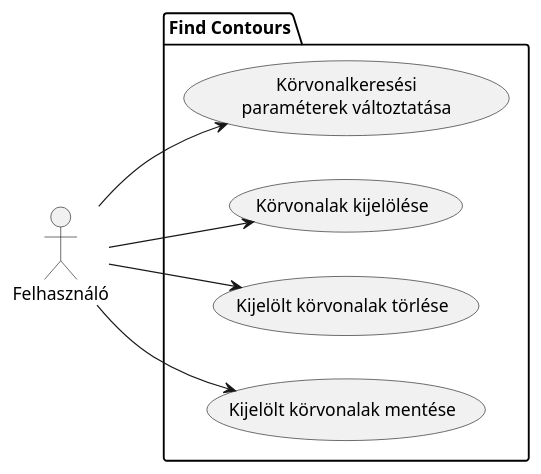
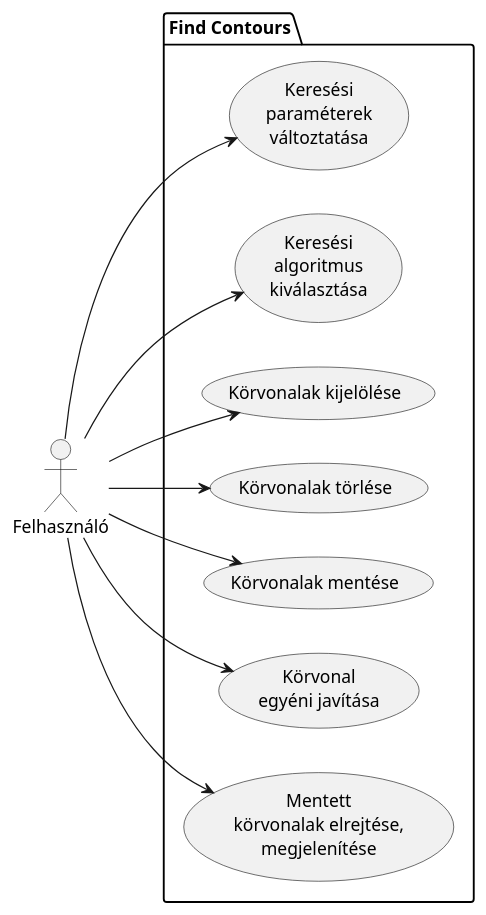
The diagram in documentation/findcont_diagram.md (JasonBlackth/img-to-map), drawn with PlantUML before and after one commit. The commit also changed 17 other files, not shown here.

```diff
--- a/documentation/findcont_diagram.md
+++ b/documentation/findcont_diagram.md
@@ -1,19 +1,25 @@
 @startuml
 
 left to right direction
 
 package "Find Contours" as FindContours{
-    usecase (F1) as "Körvonalkeresési\nparaméterek változtatása"
-    usecase (F2) as "Körvonalak kijelölése"
-    usecase (F3) as "Kijelölt körvonalak törlése"
-    usecase (F4) as "Kijelölt körvonalak mentése"
+    usecase (F1) as "Keresési\nparaméterek\nváltoztatása"
+    usecase (F2) as "Keresési\nalgoritmus\nkiválasztása"    
+    usecase (F3) as "Körvonalak kijelölése"
+    usecase (F4) as "Körvonalak törlése"
+    usecase (F5) as "Körvonalak mentése"
+    usecase (F6) as "Körvonal\negyéni javítása"
+    usecase (F7) as "Mentett\nkörvonalak elrejtése,\nmegjelenítése"
 }
 
 actor :Felhasználó: as User2
 
 User2 --> (F1)
 User2 --> (F2)
 User2 --> (F3)
 User2 --> (F4)
+User2 --> (F5)
+User2 --> (F6)
+User2 --> (F7)
 
 @enduml
```
